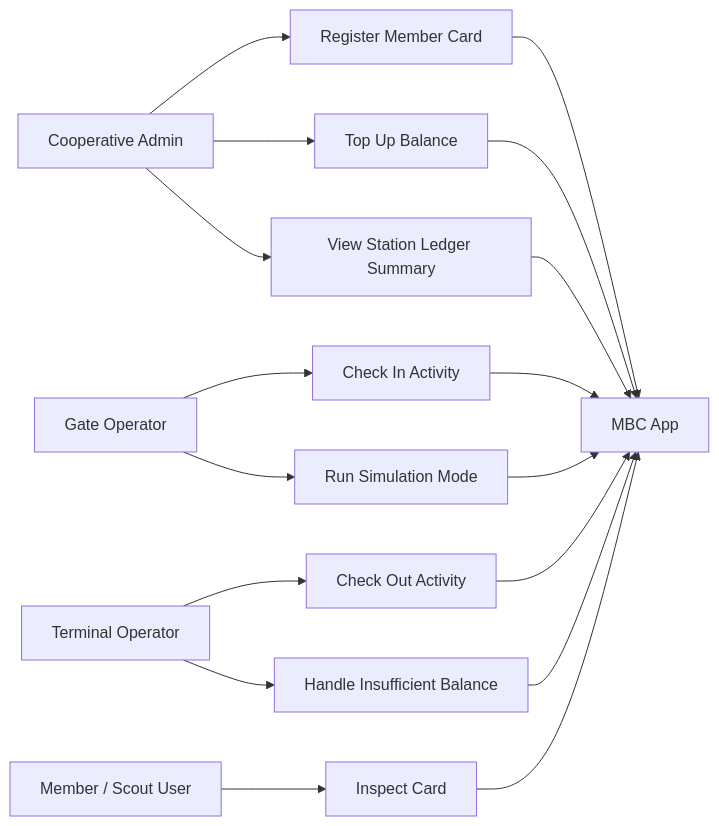
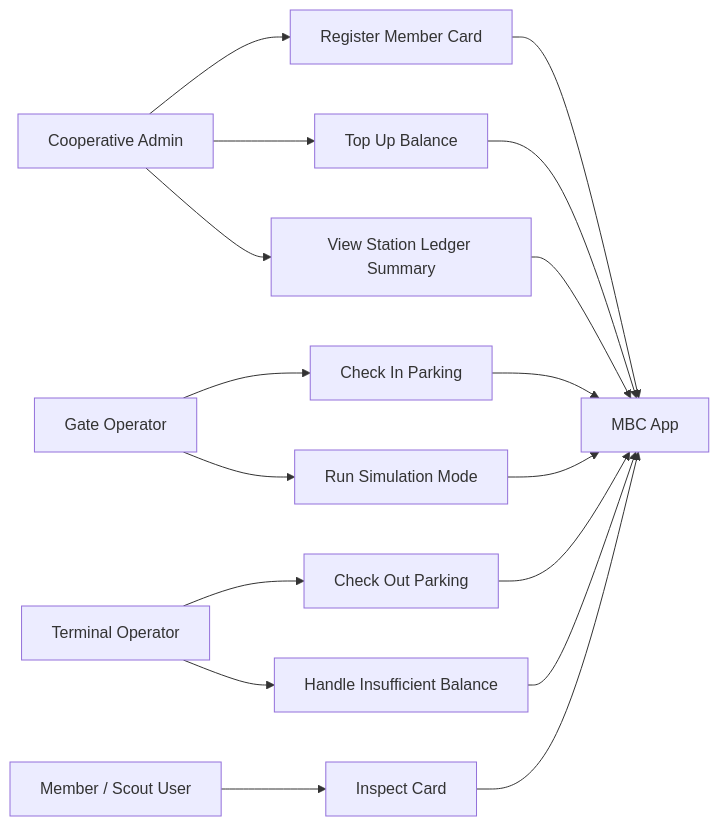
The second of 9 diagrams in .codex/specs/UML_SYSTEM_DIAGRAMS.md (Schitzos/mbc-nfc), drawn with Mermaid before and after one commit. The commit also changed other lines of this file and 26 other files, not shown here.

````diff
--- a/.codex/specs/UML_SYSTEM_DIAGRAMS.md
+++ b/.codex/specs/UML_SYSTEM_DIAGRAMS.md
@@ -34,23 +34,23 @@
 ```mermaid
 flowchart LR
   Admin["Cooperative Admin"] --> UC1["Register Member Card"]
   Admin --> UC2["Top Up Balance"]
   Admin --> UC3["View Station Ledger Summary"]
 
-  GateOp["Gate Operator"] --> UC4["Check In Activity"]
+  GateOp["Gate Operator"] --> UC4["Check In Parking"]
   GateOp --> UC5["Run Simulation Mode"]
 
-  TerminalOp["Terminal Operator"] --> UC6["Check Out Activity"]
+  TerminalOp["Terminal Operator"] --> UC6["Check Out Parking"]
   TerminalOp --> UC7["Handle Insufficient Balance"]
 
   Member["Member / Scout User"] --> UC8["Inspect Card"]
 
   UC1 --> SYS["MBC App"]
   UC2 --> SYS
   UC3 --> SYS
   UC4 --> SYS
   UC5 --> SYS
   UC6 --> SYS
   UC7 --> SYS
   UC8 --> SYS
 ```
````
